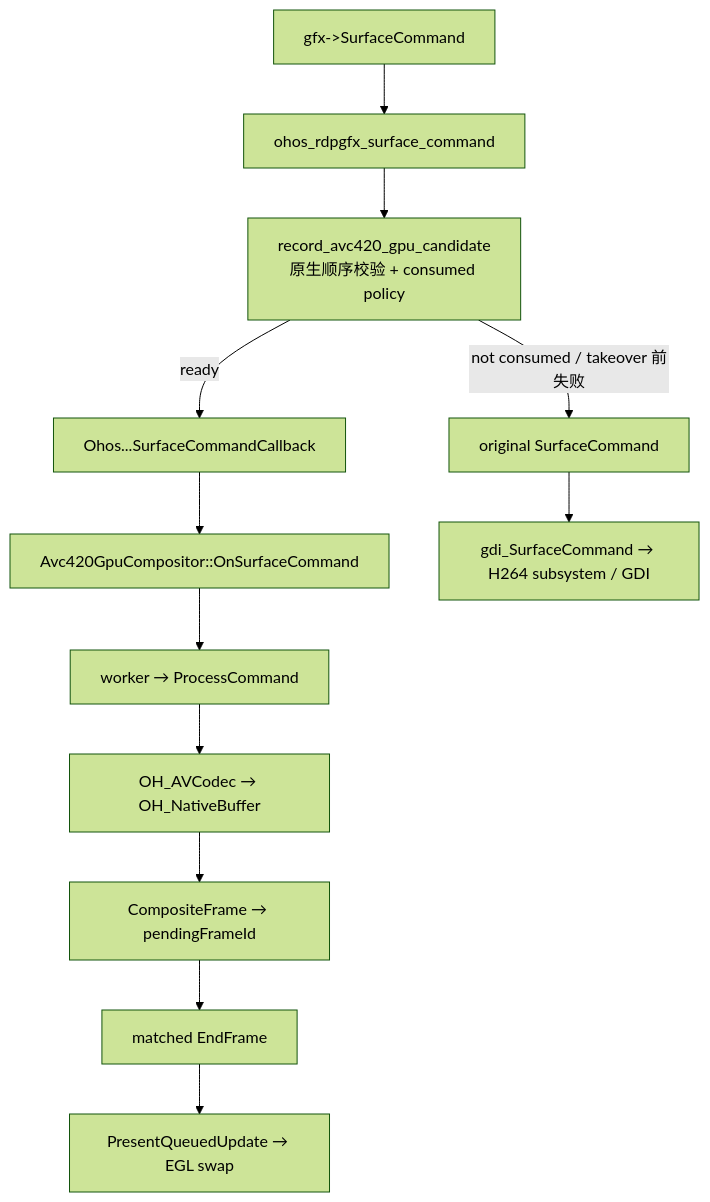
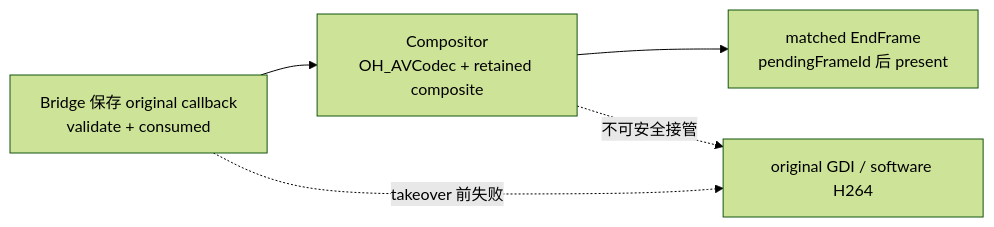
The eighth of 15 diagrams in harmonyos-sdd-ralph-workshop.md (xiaomu120413/harmonyos-sdd-ralph-workshop), drawn with Mermaid (forest theme) before and after one commit. The commit also changed other lines of this file and 8 other files, not shown here.

First line of the commit message:
docs(gpu): rebuild slides 28-38 evidence flow

````diff
--- a/harmonyos-sdd-ralph-workshop.md
+++ b/harmonyos-sdd-ralph-workshop.md
@@ -1827,14 +1690,7 @@
 ```mermaid
-flowchart TD
-    A["gfx->SurfaceCommand"] --> B["ohos_rdpgfx_surface_command"]
-    B --> C["record_avc420_gpu_candidate<br/>原生顺序校验 + consumed policy"]
-    C -->|ready| D["Ohos...SurfaceCommandCallback"]
-    D --> E["Avc420GpuCompositor::OnSurfaceCommand"]
-    E --> F["worker → ProcessCommand"]
-    F --> G["OH_AVCodec → OH_NativeBuffer"]
-    G --> H["CompositeFrame → pendingFrameId"]
-    H --> I["matched EndFrame"]
-    I --> J["PresentQueuedUpdate → EGL swap"]
-    C -->|not consumed / takeover 前失败| K["original SurfaceCommand"]
-    K --> L["gdi_SurfaceCommand → H264 subsystem / GDI"]
+flowchart LR
+  B["Bridge 保存 original callback<br/>validate + consumed"] --> C["Compositor<br/>OH_AVCodec + retained composite"]
+  C --> E["matched EndFrame<br/>pendingFrameId 后 present"]
+  B -. takeover 前失败 .-> F["original GDI / software H264"]
+  C -. 不可安全接管 .-> F
 ```
````
